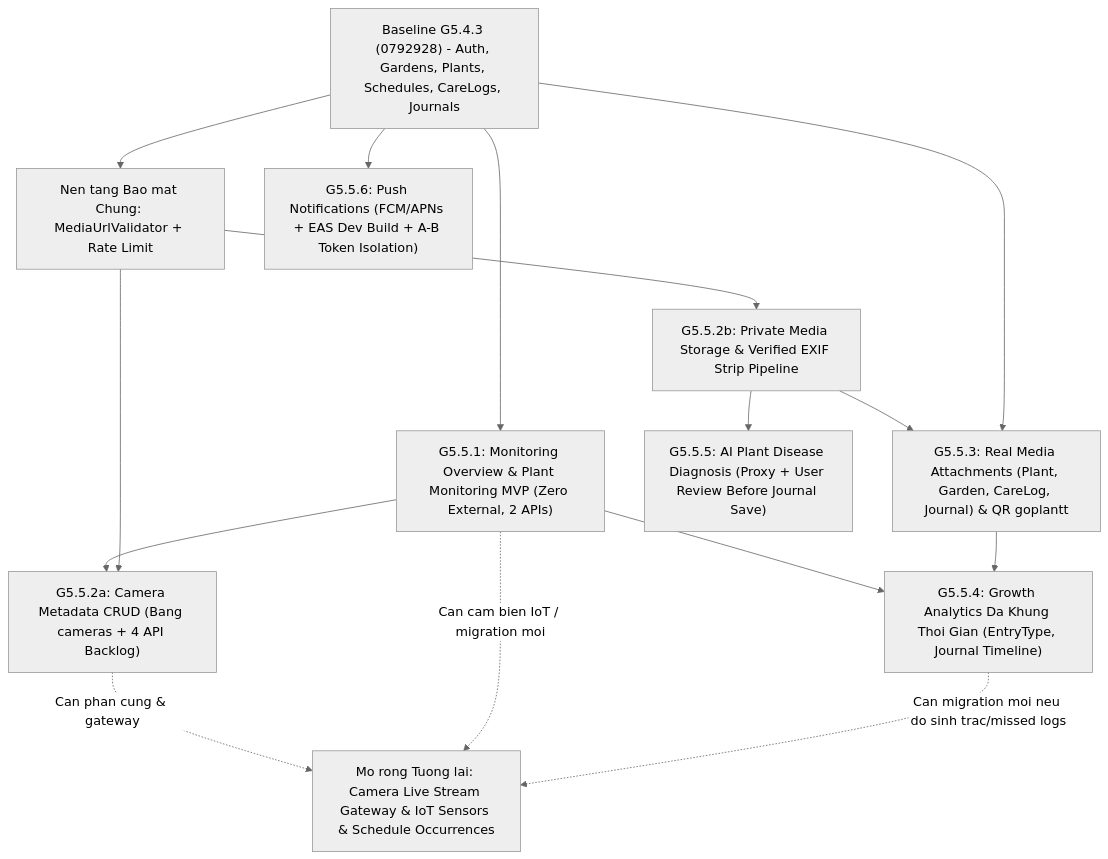
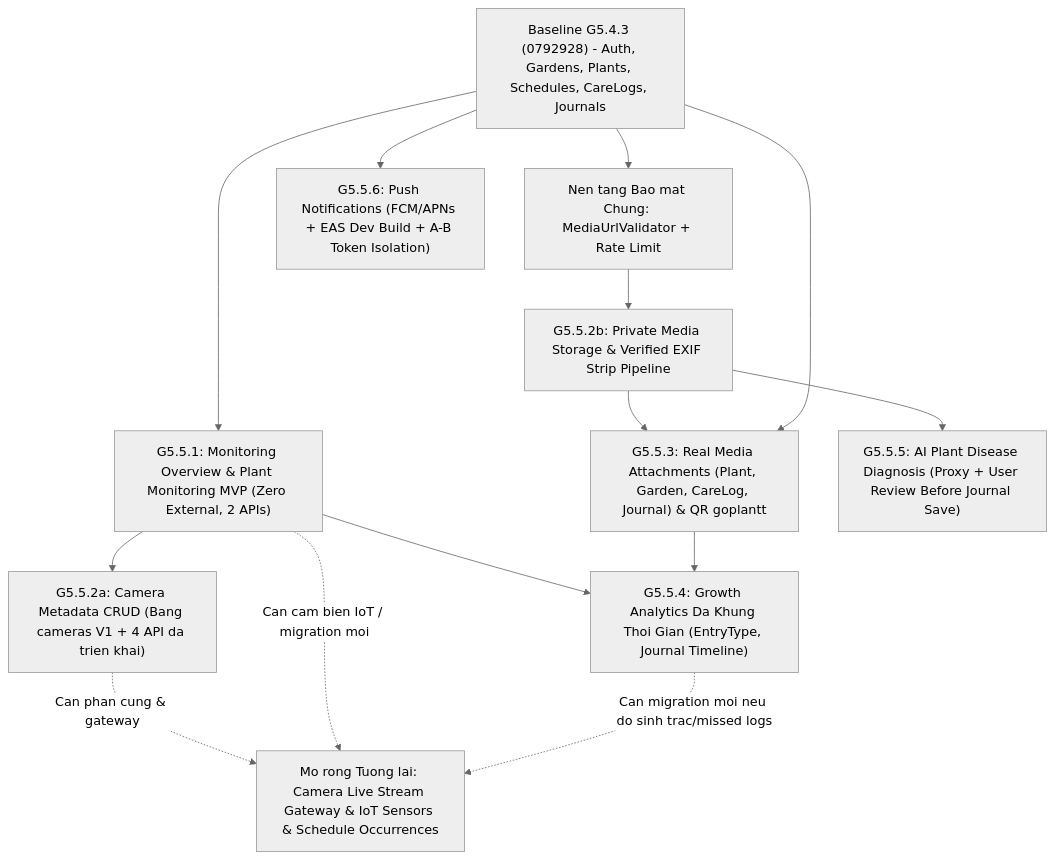
The diagram in docs/roadmap/g5.5-technical-readiness-and-implementation-roadmap.md (vuduc6002/GoPlant), drawn with Mermaid (neutral theme) before and after one commit. The commit also changed other lines of this file and 9 other files, not shown here.

Commit message:
fix: harden camera credential validation and schema mapping

````diff
--- a/docs/roadmap/g5.5-technical-readiness-and-implementation-roadmap.md
+++ b/docs/roadmap/g5.5-technical-readiness-and-implementation-roadmap.md
@@ -337,28 +337,27 @@
 ```mermaid
 flowchart TD
     B0["Baseline G5.4.3 (0792928) - Auth, Gardens, Plants, Schedules, CareLogs, Journals"]
     M1["G5.5.1: Monitoring Overview & Plant Monitoring MVP (Zero External, 2 APIs)"]
     SEC["Nen tang Bao mat Chung: MediaUrlValidator + Rate Limit"]
-    C1["G5.5.2a: Camera Metadata CRUD (Bang cameras + 4 API Backlog)"]
+    C1["G5.5.2a: Camera Metadata CRUD (Bang cameras V1 + 4 API da trien khai)"]
     ST["G5.5.2b: Private Media Storage & Verified EXIF Strip Pipeline"]
     G3["G5.5.3: Real Media Attachments (Plant, Garden, CareLog, Journal) & QR goplantt"]
     G4["G5.5.4: Growth Analytics Da Khung Thoi Gian (EntryType, Journal Timeline)"]
     G5["G5.5.5: AI Plant Disease Diagnosis (Proxy + User Review Before Journal Save)"]
     G6["G5.5.6: Push Notifications (FCM/APNs + EAS Dev Build + A-B Token Isolation)"]
     FUT["Mo rong Tuong lai: Camera Live Stream Gateway & IoT Sensors & Schedule Occurrences"]
 
     B0 --> M1
     B0 --> SEC
     M1 --> C1
-    SEC --> C1
     SEC --> ST
     M1 --> G4
     ST --> G3
     B0 --> G3
     G3 --> G4
     ST --> G5
     B0 --> G6
     C1 -. "Can phan cung & gateway" .-> FUT
     M1 -. "Can cam bien IoT / migration moi" .-> FUT
     G4 -. "Can migration moi neu do sinh trac/missed logs" .-> FUT
 ```
````
